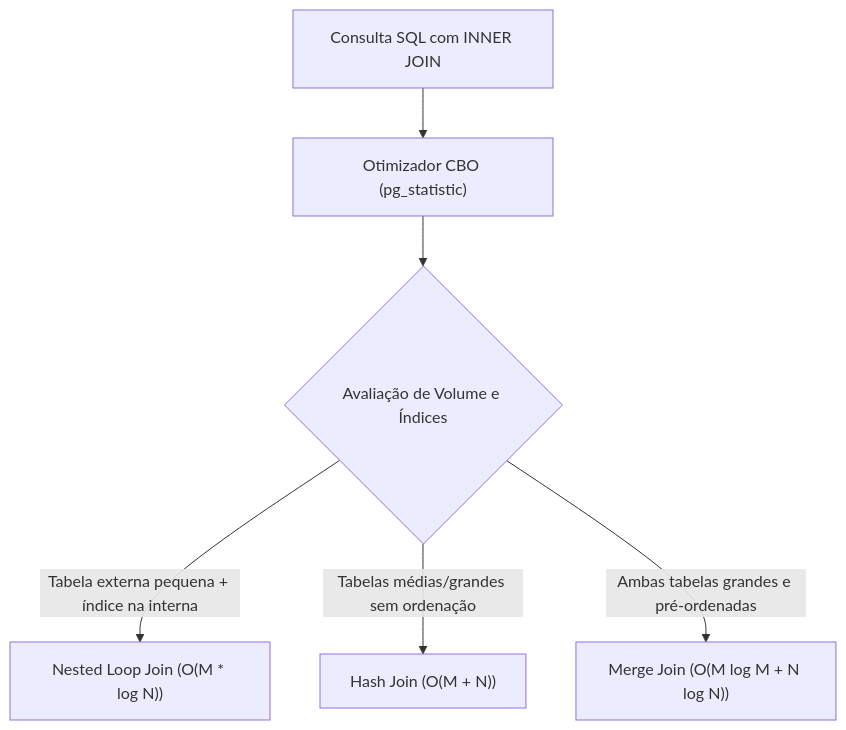
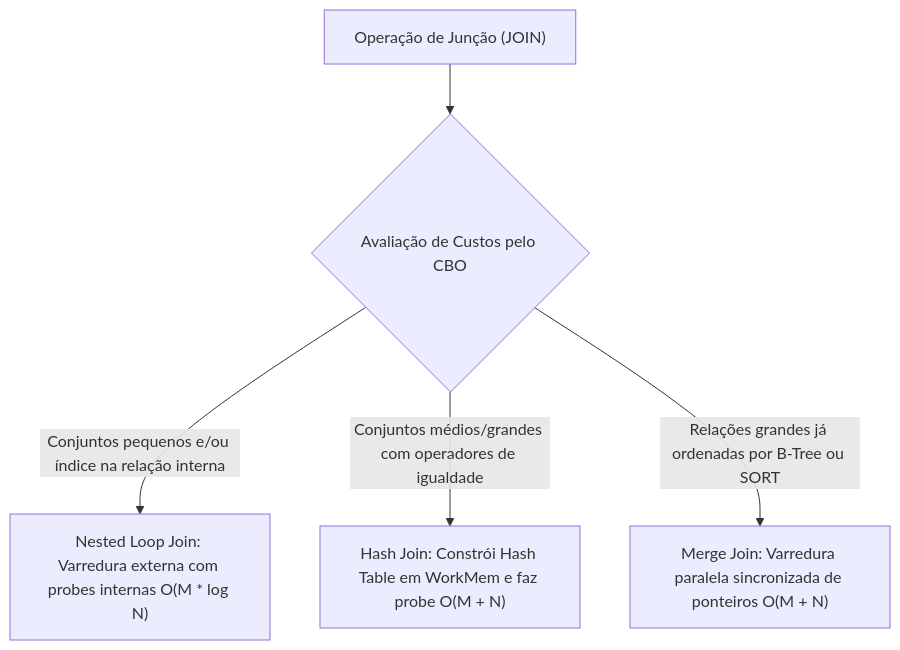
Before and after one commit to murilolol/unifef: the fourth of 15 diagrams in 4º Semestre/[Prof. Welington Garcia] Tópicos Avançados em Banco de Dados/Resumos-IA/Simulados-Comentados.md, drawn with Mermaid. The commit also changed other lines of this file and 18 other files, not shown here.

````diff
--- a/4º Semestre/[Prof. Welington Garcia] Tópicos Avançados em Banco de Dados/Resumos-IA/Simulados-Comentados.md
+++ b/4º Semestre/[Prof. Welington Garcia] Tópicos Avançados em Banco de Dados/Resumos-IA/Simulados-Comentados.md
@@ -367,8 +313,8 @@
 ```mermaid
 flowchart TD
-    Q["Consulta SQL com INNER JOIN"] --> CBO["Otimizador CBO (pg_statistic)"]
-    CBO --> A{"Avaliação de Volume e Índices"}
-    A -->|"Tabela externa pequena + índice na interna"| NL["Nested Loop Join (O(M * log N))"]
-    A -->|"Tabelas médias/grandes sem ordenação"| HJ["Hash Join (O(M + N))"]
-    A -->|"Ambas tabelas grandes e pré-ordenadas"| MJ["Merge Join (O(M log M + N log N))"]
+  JoinReq["Operação de Junção (JOIN)"] --> CBO{"Avaliação de Custos pelo CBO"}
+  
+  CBO -->|"Conjuntos pequenos e/ou índice na relação interna"| NL["Nested Loop Join: Varredura externa com probes internas O(M * log N)"]
+  CBO -->|"Conjuntos médios/grandes com operadores de igualdade"| HJ["Hash Join: Constrói Hash Table em WorkMem e faz probe O(M + N)"]
+  CBO -->|"Relações grandes já ordenadas por B-Tree ou SORT"| MJ["Merge Join: Varredura paralela sincronizada de ponteiros O(M + N)"]
 ```
````
